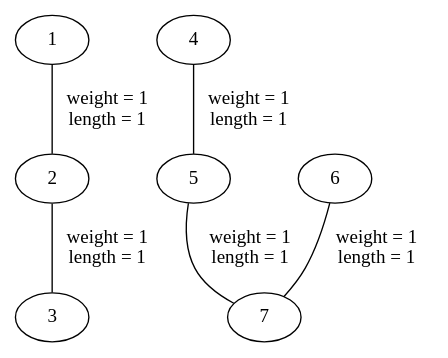
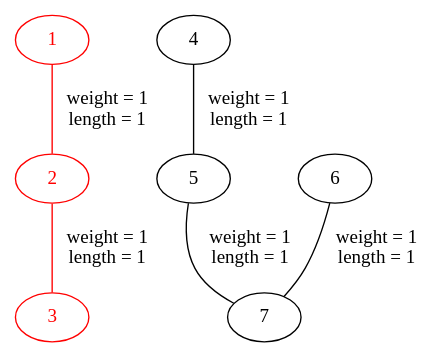
One commit to adam-elbernoussi/ENSAE-S2-IT-project changed the diagram in graph_viz_output/Graph.gv. Above: the diagram before and after it, drawn with Graphviz. The commit also changed 2 other files, not shown here.

```diff
--- a/graph_viz_output/Graph.gv
+++ b/graph_viz_output/Graph.gv
@@ -1,14 +1,17 @@
 // Graph visualisation
 graph "Graph" {
 	graph [concentrate=True]
+	1 [color=red fontcolor=red]
 	1 -- 2 [label="weight = 1
- length = 1" weight=1]
+ length = 1" color=red weight=1]
+	2 [color=red fontcolor=red]
 	2 -- 3 [label="weight = 1
- length = 1" weight=1]
+ length = 1" color=red weight=1]
+	3 [color=red fontcolor=red]
 	4 -- 5 [label="weight = 1
  length = 1" weight=1]
 	5 -- 7 [label="weight = 1
  length = 1" weight=1]
 	6 -- 7 [label="weight = 1
  length = 1" weight=1]
 }
```
